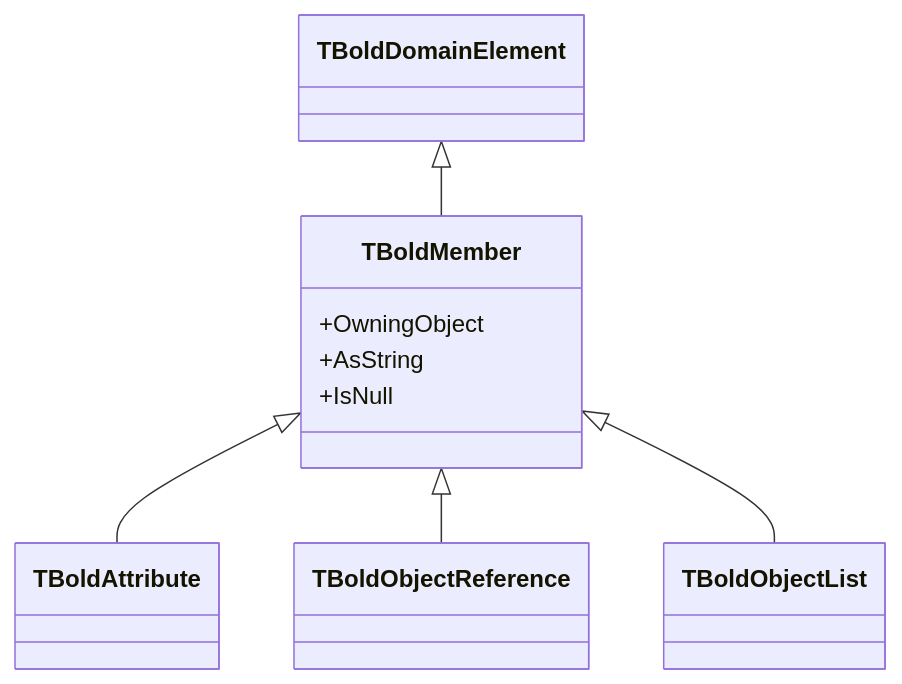
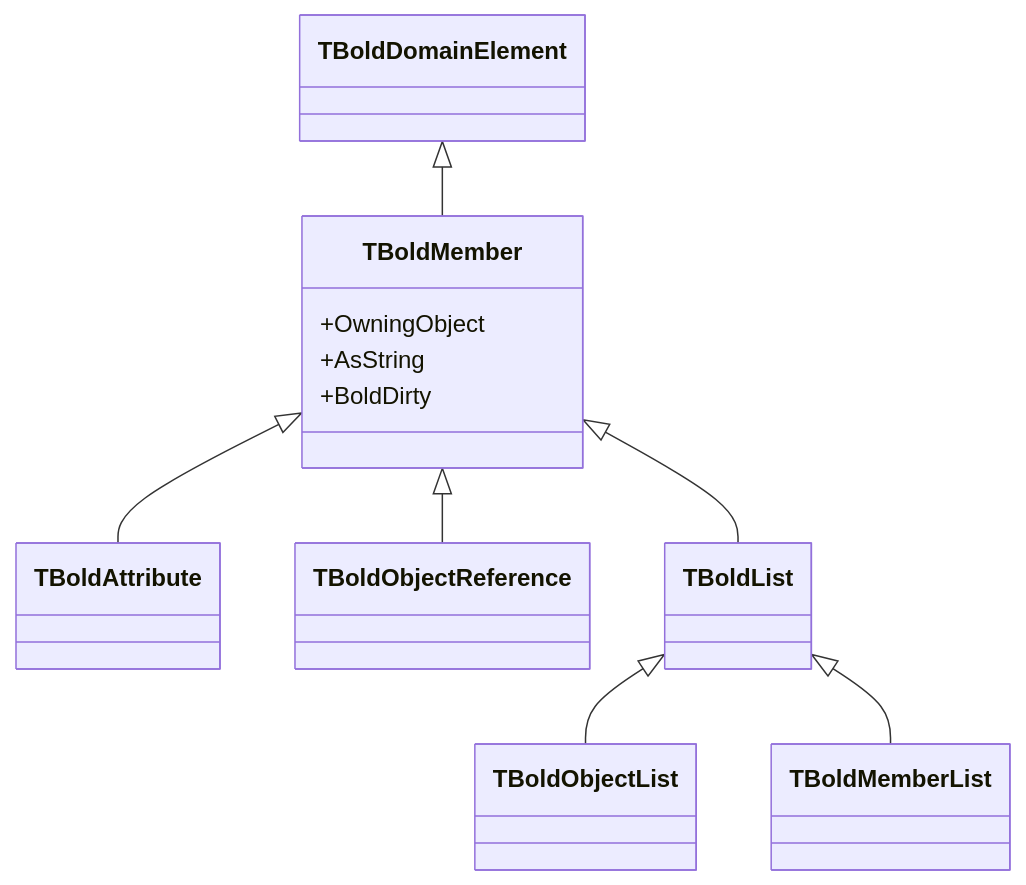
Before and after one commit to bero/BoldForDelphi: the diagram in docs/classes/TBoldMember.md, drawn with Mermaid. The commit also changed other lines of this file and 43 other files, not shown here.

````diff
--- a/docs/classes/TBoldMember.md
+++ b/docs/classes/TBoldMember.md
@@ -32,15 +39,17 @@
 ```mermaid
 classDiagram
     TBoldDomainElement <|-- TBoldMember
     TBoldMember <|-- TBoldAttribute
     TBoldMember <|-- TBoldObjectReference
-    TBoldMember <|-- TBoldObjectList
+    TBoldMember <|-- TBoldList
+    TBoldList <|-- TBoldObjectList
+    TBoldList <|-- TBoldMemberList
 
     TBoldMember : +OwningObject
     TBoldMember : +AsString
-    TBoldMember : +IsNull
+    TBoldMember : +BoldDirty
 
     click TBoldAttribute href "../TBoldAttribute/" "TBoldAttribute documentation"
     click TBoldObjectReference href "../TBoldObjectReference/" "TBoldObjectReference documentation"
     click TBoldObjectList href "../TBoldObjectList/" "TBoldObjectList documentation"
 ```
````
